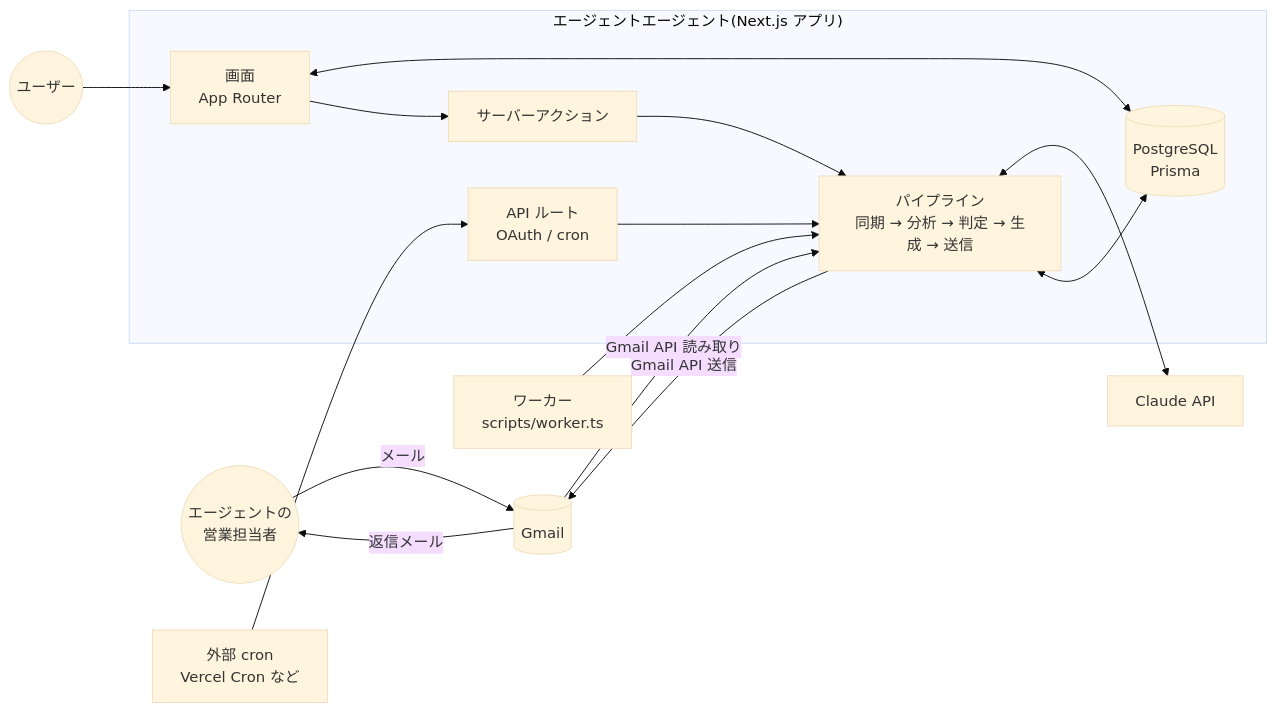
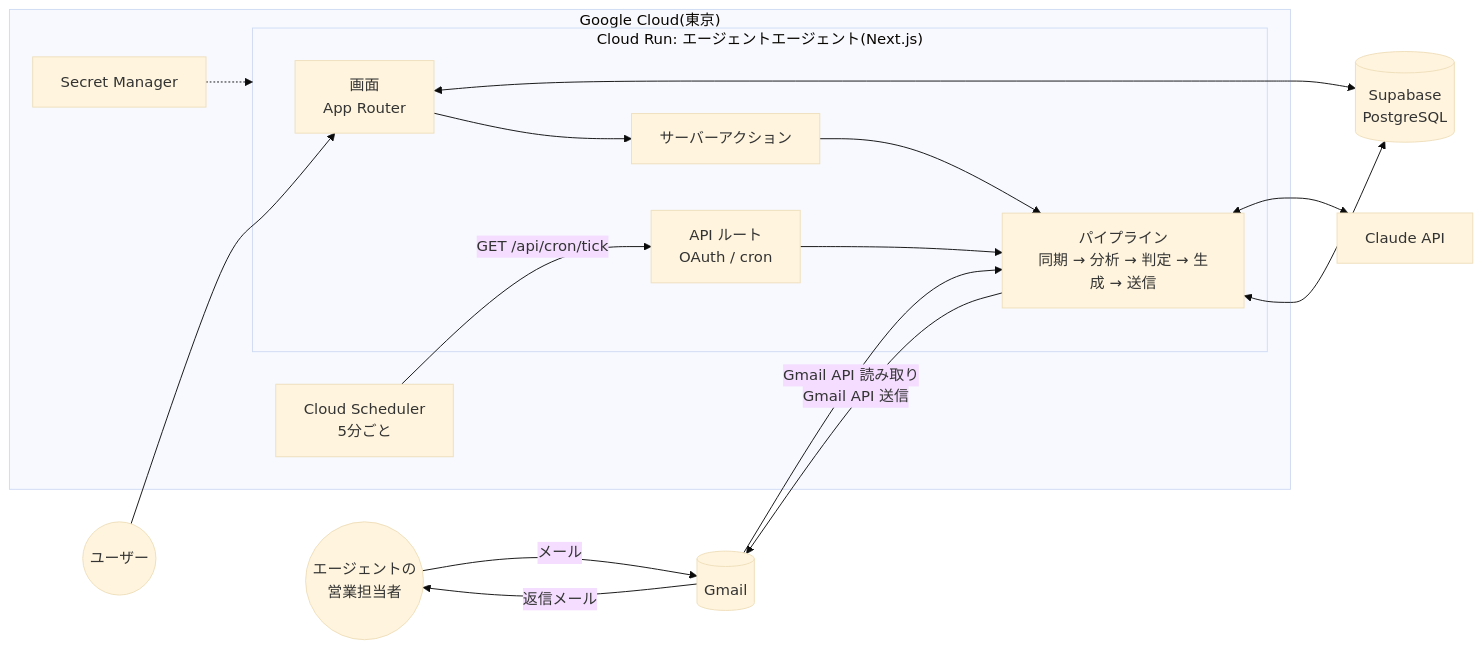
One commit to shunshun0904/agentagent changed the first of 3 diagrams in docs/02_architecture.md. Above: the diagram before and after it, drawn with Mermaid (base theme). The commit also changed other lines of this file and 38 other files, not shown here.

First line of the commit message:
完全クラウド化: Google Cloud Run + Supabase で24時間動かす構成に対応

````diff
--- a/docs/02_architecture.md
+++ b/docs/02_architecture.md
@@ -7,26 +7,28 @@
 ```mermaid
 flowchart LR
   Agent((エージェントの<br/>営業担当者)) -- メール --> GM[(Gmail)]
   GM -- 返信メール --> Agent
-  subgraph App["エージェントエージェント(Next.js アプリ)"]
-    UI[画面<br/>App Router]
-    SA[サーバーアクション]
-    API[API ルート<br/>OAuth / cron]
-    PIPE[パイプライン<br/>同期 → 分析 → 判定 → 生成 → 送信]
-    DB[(PostgreSQL<br/>Prisma)]
+  subgraph GCP["Google Cloud(東京)"]
+    Sched[Cloud Scheduler<br/>5分ごと]
+    subgraph App["Cloud Run: エージェントエージェント(Next.js)"]
+      UI[画面<br/>App Router]
+      SA[サーバーアクション]
+      API[API ルート<br/>OAuth / cron]
+      PIPE[パイプライン<br/>同期 → 分析 → 判定 → 生成 → 送信]
+    end
+    SM[Secret Manager]
   end
-  Worker[ワーカー<br/>scripts/worker.ts]
-  Cron[外部 cron<br/>Vercel Cron など]
+  DB[(Supabase<br/>PostgreSQL)]
   Claude[Claude API]
   User((ユーザー))
 
   GM -- Gmail API 読み取り --> PIPE
   PIPE -- Gmail API 送信 --> GM
   PIPE <--> Claude
   PIPE <--> DB
   UI <--> DB
   User --> UI
   UI --> SA --> PIPE
-  Worker --> PIPE
-  Cron --> API --> PIPE
+  Sched -- "GET /api/cron/tick" --> API --> PIPE
+  SM -.-> App
 ```
````
